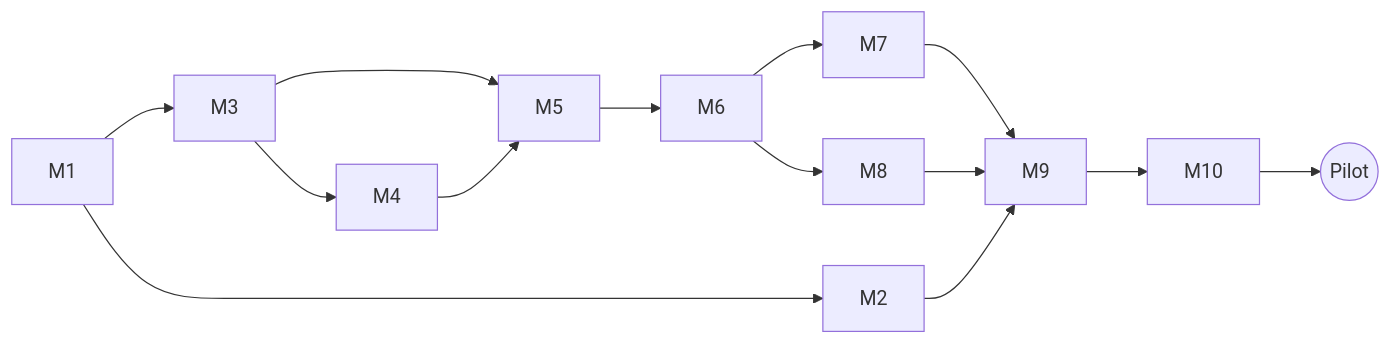
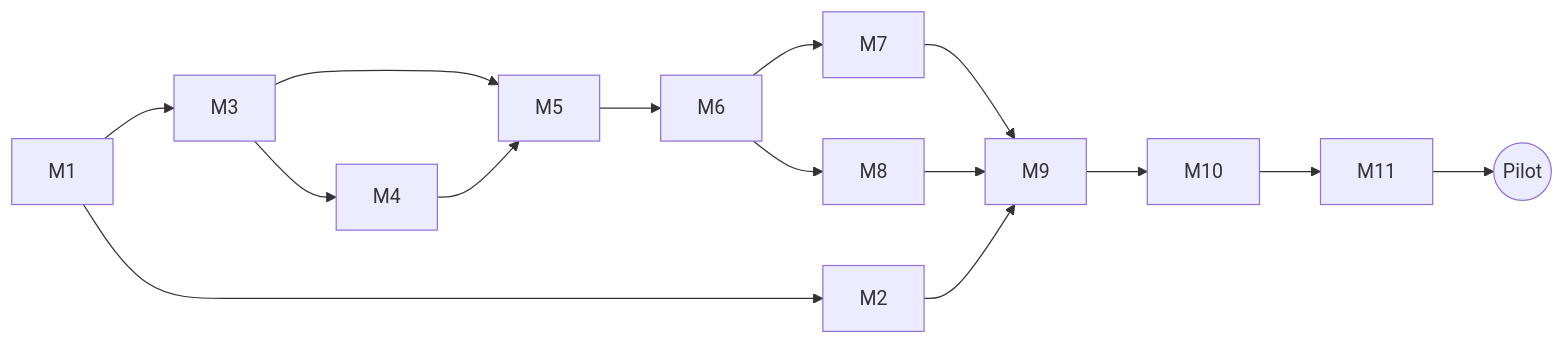
Before and after one commit to Emirucgun/bibo: the diagram in docs/ROADMAP.md, drawn with Mermaid. The commit also changed other lines of this file and 4 other files, not shown here.

First line of the commit message:
docs: SPEC rev. 5, PRD rev. 3, SCOPE rev. 3, ROADMAP M11 and PLAN for measurement and curriculum v2

````diff
--- a/docs/ROADMAP.md
+++ b/docs/ROADMAP.md
@@ -27,16 +28,17 @@
 ```mermaid
 flowchart LR
   M1 --> M2
   M1 --> M3
   M3 --> M4
   M3 --> M5
   M4 --> M5
   M5 --> M6
   M6 --> M7
   M6 --> M8
   M7 --> M9
   M8 --> M9
   M2 --> M9
   M9 --> M10
-  M10 --> PILOT((Pilot))
+  M10 --> M11
+  M11 --> PILOT((Pilot))
 ```
````
